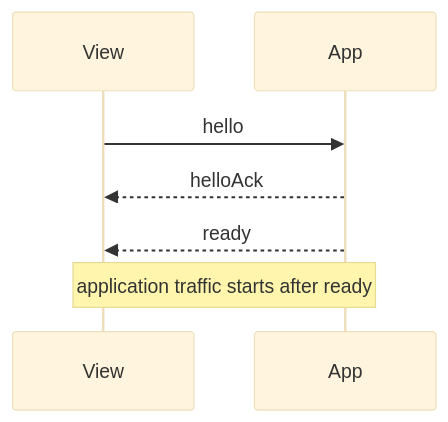
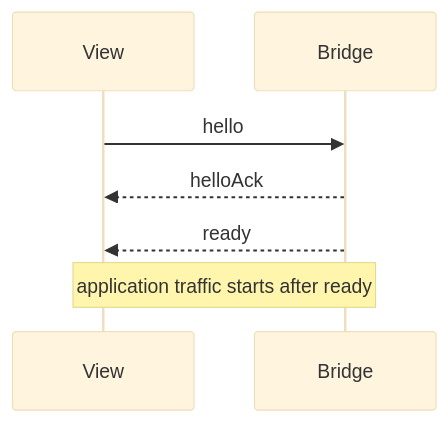
One commit to LingXia-Dev/LingXia changed the second of 8 diagrams in docs/internal/bridge-protocol.md. Above: the diagram before and after it, drawn with Mermaid (base theme). The commit also changed other lines of this file, not shown here.

Commit message:
docs(bridge): refine bridge protocol spec and flow semantics

````diff
--- a/docs/internal/bridge-protocol.md
+++ b/docs/internal/bridge-protocol.md
@@ -163,9 +161,9 @@
 ```mermaid
 sequenceDiagram
   participant View
-  participant App
-  View->>App: hello
-  App-->>View: helloAck
-  App-->>View: ready
-  Note over View,App: application traffic starts after ready
+  participant Bridge
+  View->>Bridge: hello
+  Bridge-->>View: helloAck
+  Bridge-->>View: ready
+  Note over View,Bridge: application traffic starts after ready
 ```
````
